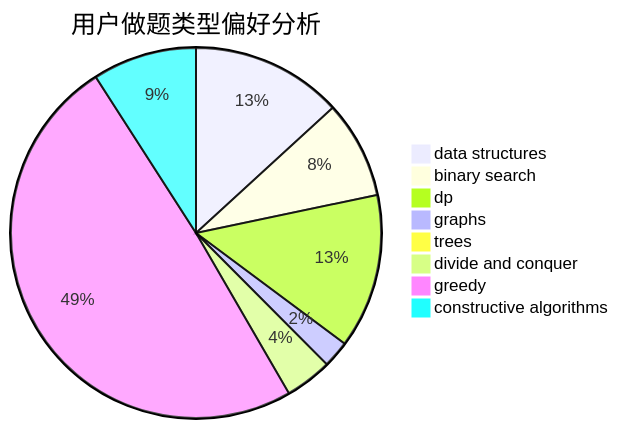
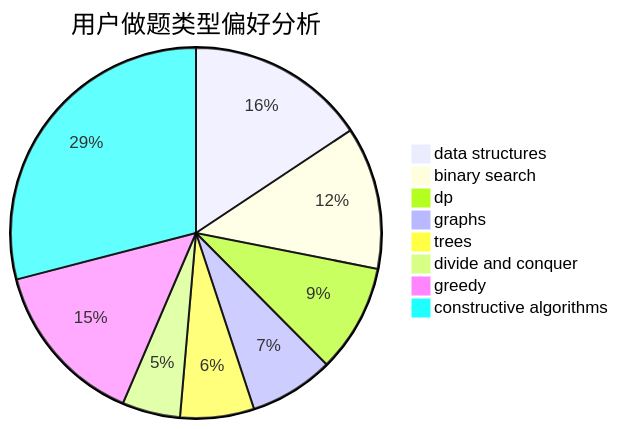
Before and after one commit to sherpahu/cfrs.github.io: the second of 3 diagrams in docs/user/u1504.md, drawn with Mermaid. The commit also changed other lines of this file and 2770 other files, not shown here.

````diff
--- a/docs/user/u1504.md
+++ b/docs/user/u1504.md
@@ -23,11 +23,11 @@
 ```mermaid
 pie title 用户做题类型偏好分析
-    "data structures" :  45
-    "binary search" :  29
-    "dp" :  46
-    "graphs" :  8
-    "trees" :  1
-    "divide and conquer" :  14
-    "greedy" :  168
-    "constructive algorithms" :  31
+    "data structures" :  68
+    "binary search" :  54
+    "dp" :  41
+    "graphs" :  32
+    "trees" :  28
+    "divide and conquer" :  22
+    "greedy" :  63
+    "constructive algorithms" :  126
 ```
````
